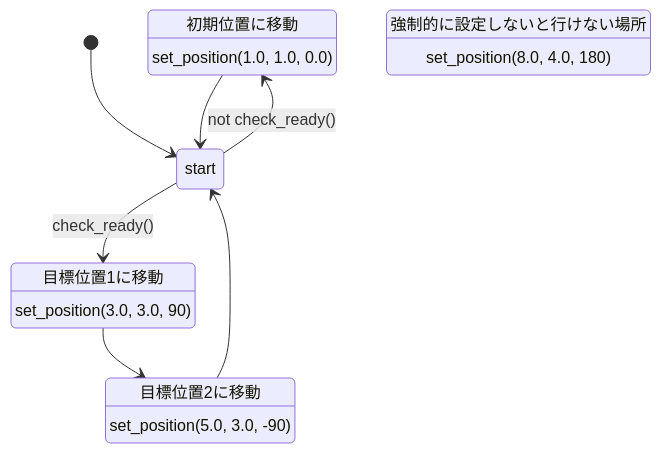
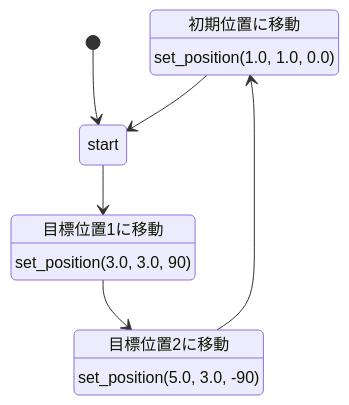
The diagram in src/launch/nhk2025b_launch/state_graph/blue.md (NITIC-Robot-Club/nhk2025b_ros2), drawn with Mermaid before and after one commit. The commit also changed 3 other files, not shown here.

````diff
--- a/src/launch/nhk2025b_launch/state_graph/blue.md
+++ b/src/launch/nhk2025b_launch/state_graph/blue.md
@@ -1,24 +1,19 @@
 ```mermaid
 stateDiagram-v2
 
     position_0 : 初期位置に移動
     position_0 : set_position(1.0, 1.0, 0.0)
 
     position_1 : 目標位置1に移動
     position_1 : set_position(3.0, 3.0, 90)
 
     position_2 : 目標位置2に移動
     position_2 : set_position(5.0, 3.0, -90)
 
 
     [*] --> start
-    start --> position_0 : not check_ready()
+    start --> position_1
+    position_1 --> position_2
+    position_2 --> position_0
     position_0 --> start
-
-    start --> position_1 : check_ready()
-    position_1 --> position_2
-    position_2 --> start
-    
-    position_3 : 強制的に設定しないと行けない場所
-    position_3 : set_position(8.0, 4.0, 180)
 ```
````
